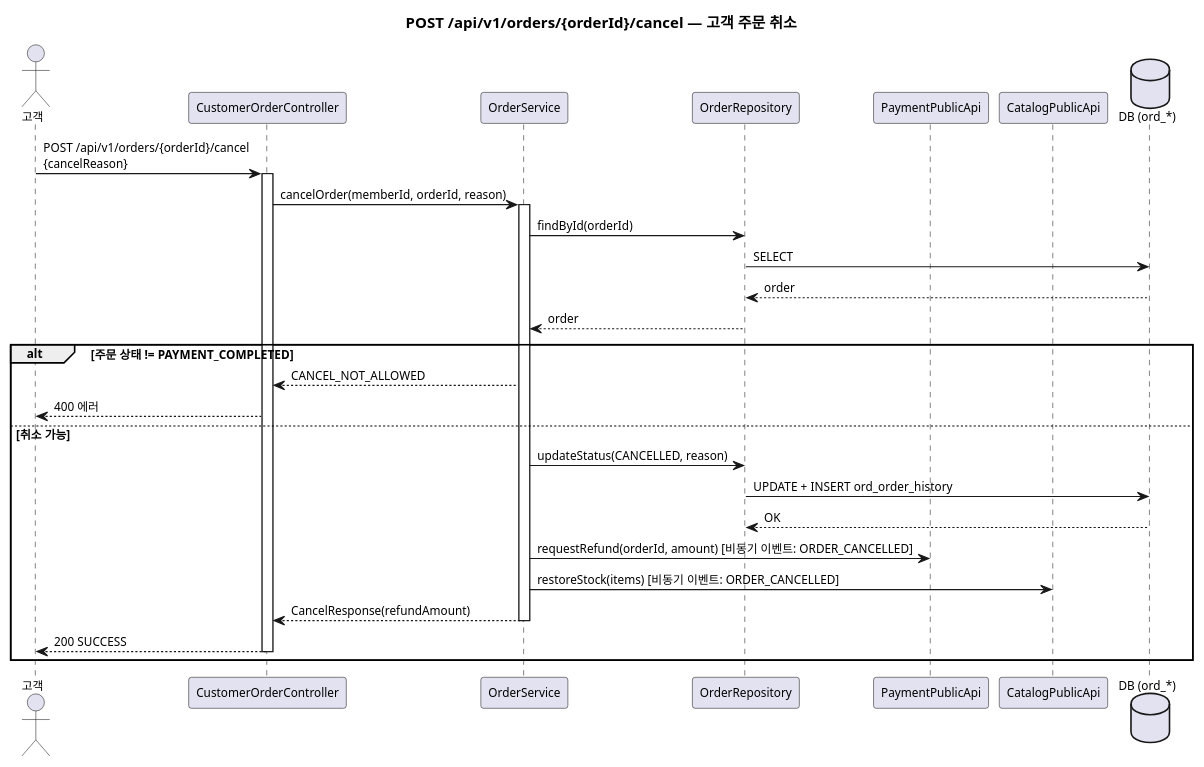
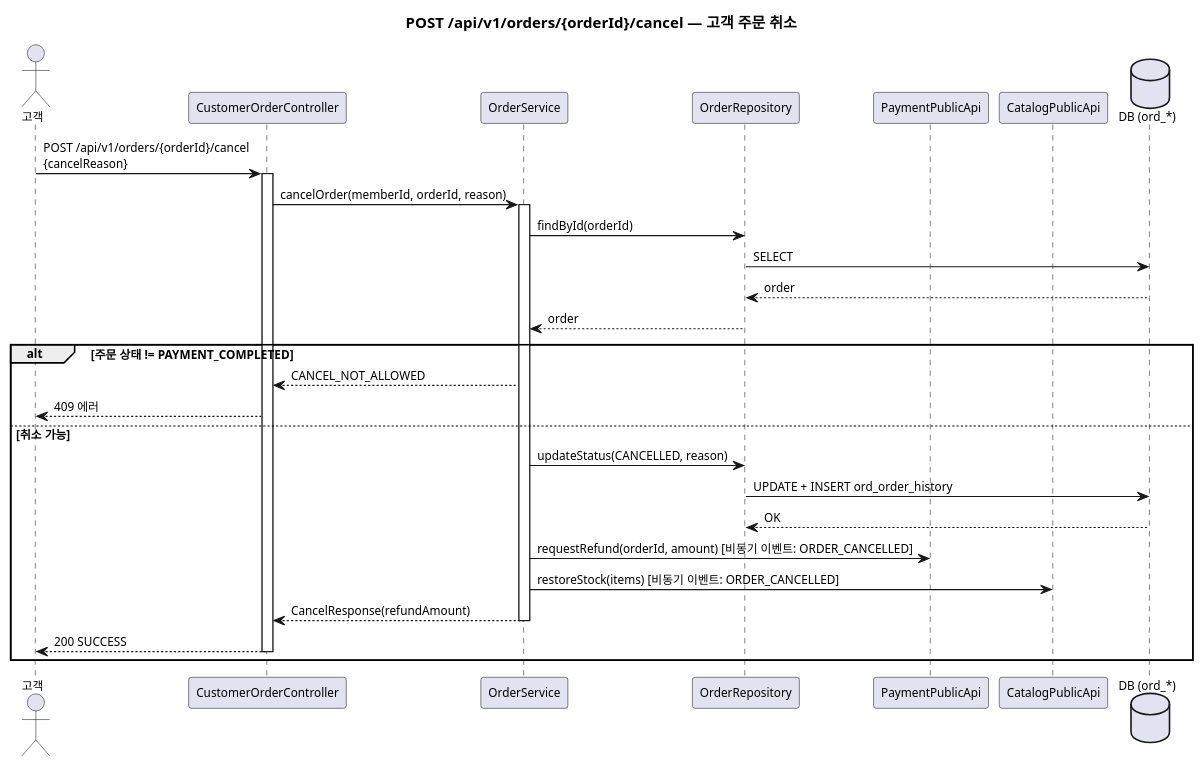
One commit to parknahyun/runNShop changed the sixth of 26 diagrams in docs/자산화-단계별/S3-상세설계/DM-시퀀스(Order-Payment).md. Above: the diagram before and after it, drawn with PlantUML. The commit also changed other lines of this file and 39 other files, not shown here.

````diff
--- a/docs/자산화-단계별/S3-상세설계/DM-시퀀스(Order-Payment).md
+++ b/docs/자산화-단계별/S3-상세설계/DM-시퀀스(Order-Payment).md
@@ -327,45 +327,45 @@
 ```plantuml
 @startuml
 skinparam backgroundColor transparent
 skinparam defaultFontSize 11
 title POST /api/v1/orders/{orderId}/cancel — 고객 주문 취소
 
 actor 고객 as Client
 participant "CustomerOrderController" as OC
 participant "OrderService" as OS
 participant "OrderRepository" as OR
 participant "PaymentPublicApi" as PAY
 participant "CatalogPublicApi" as CAT
 database "DB (ord_*)" as DB
 
 Client -> OC : POST /api/v1/orders/{orderId}/cancel\n{cancelReason}
 activate OC
 
 OC -> OS : cancelOrder(memberId, orderId, reason)
 activate OS
 
 OS -> OR : findById(orderId)
 OR -> DB : SELECT
 DB --> OR : order
 OR --> OS : order
 
 alt 주문 상태 != PAYMENT_COMPLETED
   OS --> OC : CANCEL_NOT_ALLOWED
-  OC --> Client : 400 에러
+  OC --> Client : 409 에러
 else 취소 가능
 
   OS -> OR : updateStatus(CANCELLED, reason)
   OR -> DB : UPDATE + INSERT ord_order_history
   DB --> OR : OK
 
   OS -> PAY : requestRefund(orderId, amount) [비동기 이벤트: ORDER_CANCELLED]
   OS -> CAT : restoreStock(items) [비동기 이벤트: ORDER_CANCELLED]
 
   OS --> OC : CancelResponse(refundAmount)
   deactivate OS
   OC --> Client : 200 SUCCESS
   deactivate OC
 end
 
 @enduml
 ```
````
